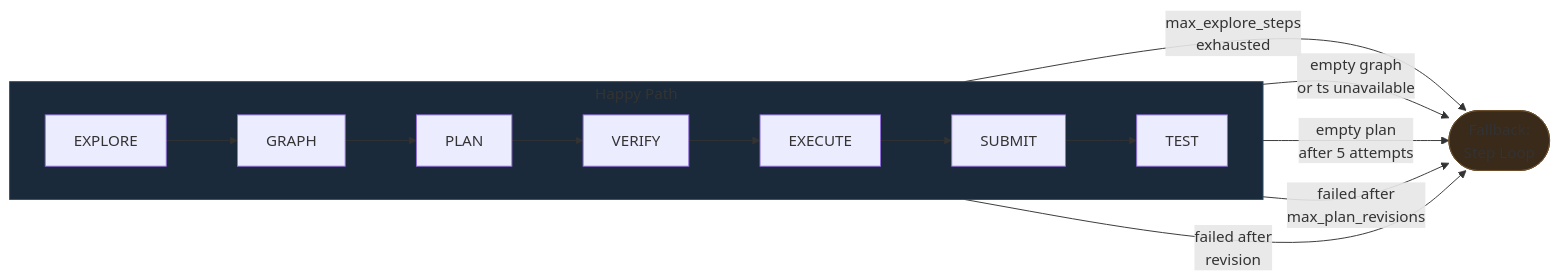
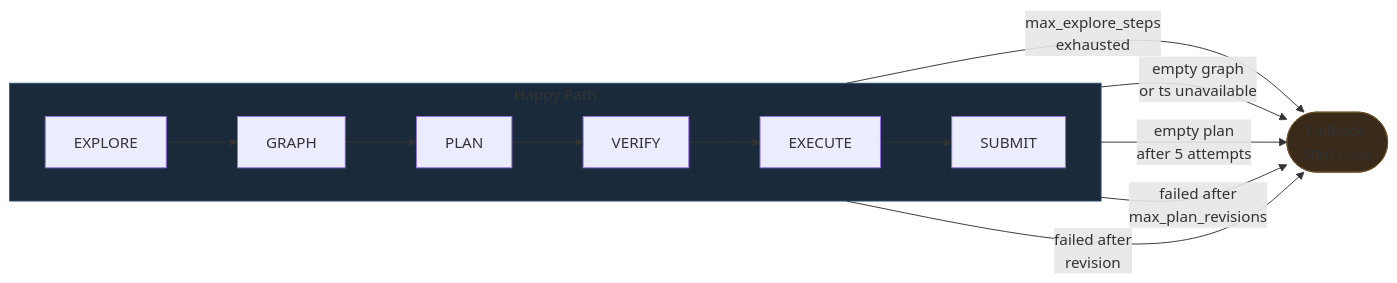
Diagram 16 of 16 in _bmad-output/research/graphplan-architecture.md (toreleon/graph-transform-agent), drawn with Mermaid before and after one commit. The commit also changed other lines of this file and 4 other files, not shown here.

````diff
--- a/_bmad-output/research/graphplan-architecture.md
+++ b/_bmad-output/research/graphplan-architecture.md
@@ -1419,16 +1341,16 @@
 ```mermaid
 flowchart LR
     subgraph HappyPath ["Happy Path"]
         direction LR
-        HP1[EXPLORE] --> HP2[GRAPH] --> HP3[PLAN] --> HP4[VERIFY] --> HP5[EXECUTE] --> HP6[SUBMIT] --> HP7[TEST]
+        HP1[EXPLORE] --> HP2[GRAPH] --> HP3[PLAN] --> HP4[VERIFY] --> HP5[EXECUTE] --> HP6[SUBMIT]
     end
 
     HP1 -->|"max_explore_steps<br/>exhausted"| FB([Fallback:<br/>Step Loop])
     HP2 -->|"empty graph<br/>or ts unavailable"| FB
     HP3 -->|"empty plan<br/>after 5 attempts"| FB
     HP4 -->|"failed after<br/>max_plan_revisions"| FB
     HP5 -->|"failed after<br/>revision"| FB
 
     style FB fill:#3a2a1a,stroke:#6a4f2d
     style HappyPath fill:#1a2a3a,stroke:#2d4f6a
 ```
````
